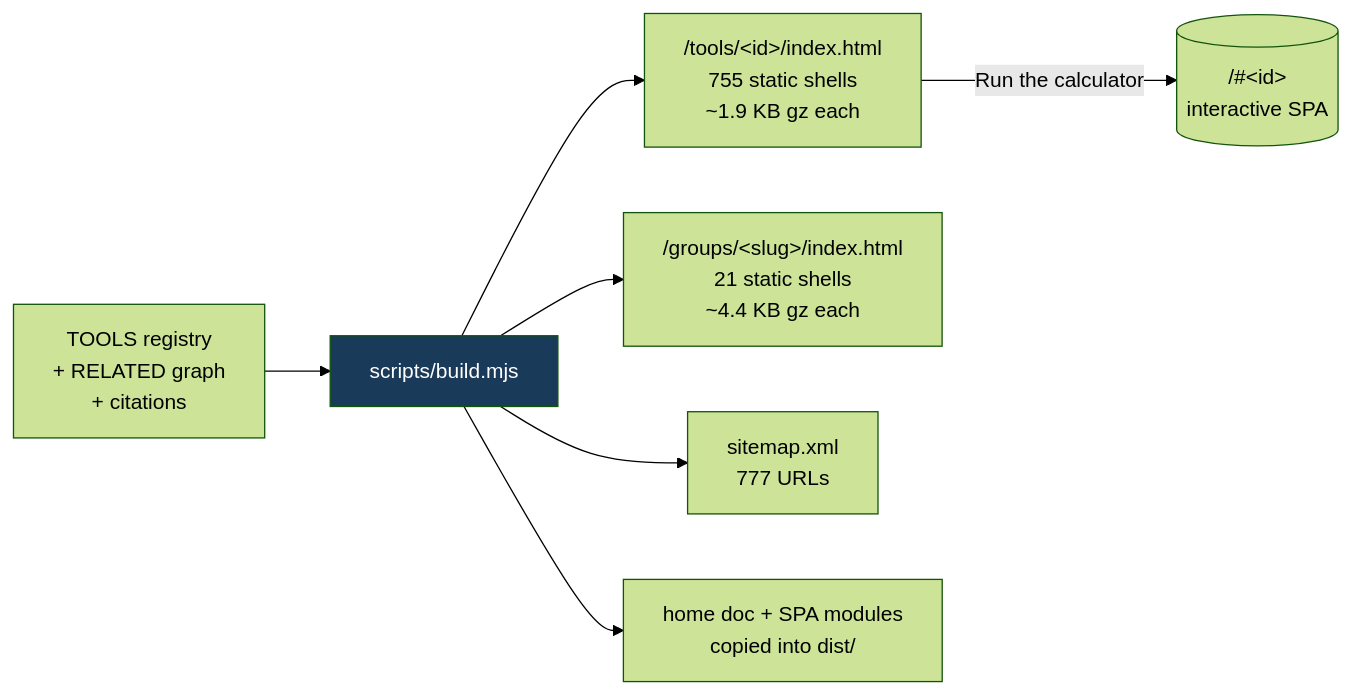
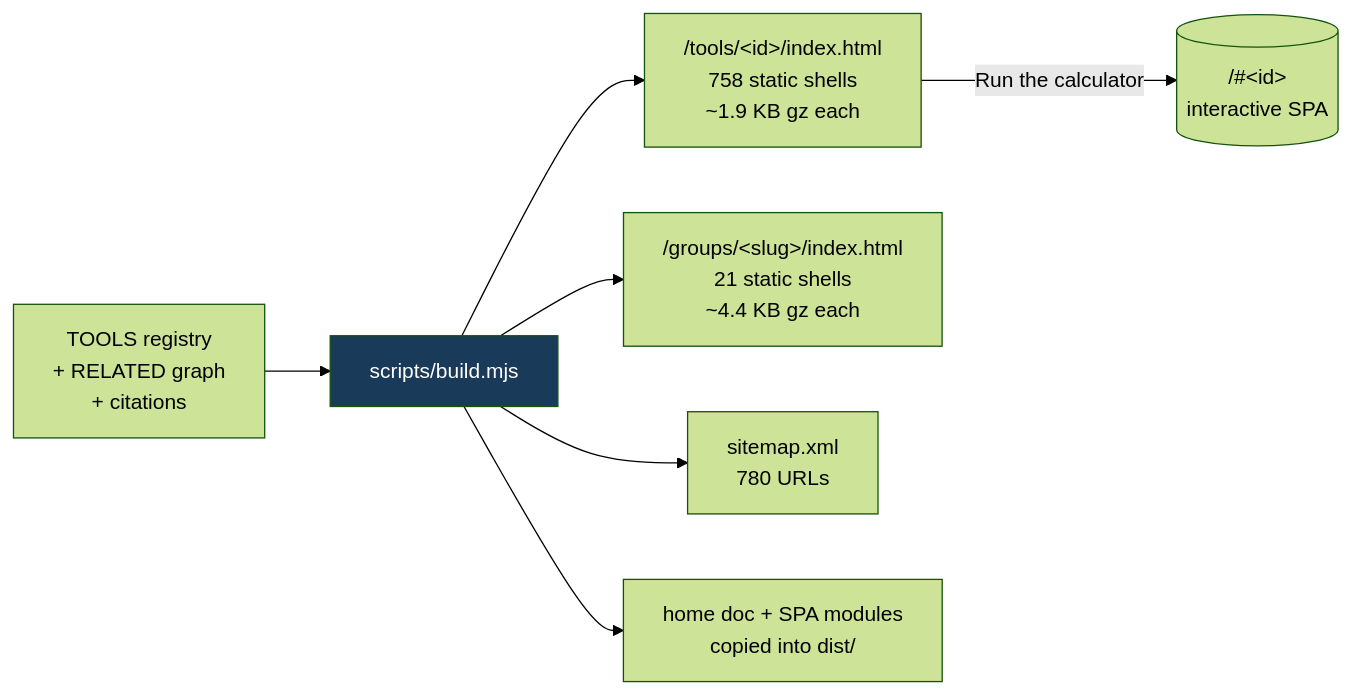
The fifth of 8 diagrams in README.md (clay-good/roughlogic.com), drawn with Mermaid (forest theme) before and after one commit. The commit also changed other lines of this file and 19 other files, not shown here.

````diff
--- a/README.md
+++ b/README.md
@@ -495,10 +495,10 @@
 ```mermaid
 flowchart LR
     SRC[TOOLS registry\n+ RELATED graph\n+ citations] --> BUILD[scripts/build.mjs]
-    BUILD --> TILE["/tools/&lt;id&gt;/index.html\n755 static shells\n~1.9 KB gz each"]
+    BUILD --> TILE["/tools/&lt;id&gt;/index.html\n758 static shells\n~1.9 KB gz each"]
     BUILD --> GROUP["/groups/&lt;slug&gt;/index.html\n21 static shells\n~4.4 KB gz each"]
-    BUILD --> MAP["sitemap.xml\n777 URLs"]
+    BUILD --> MAP["sitemap.xml\n780 URLs"]
     BUILD --> COPY[home doc + SPA modules\ncopied into dist/]
     TILE -->|Run the calculator| SPA[("/#&lt;id&gt;\ninteractive SPA")]
     style BUILD fill:#1a3a5a,color:#fff
 ```
````
